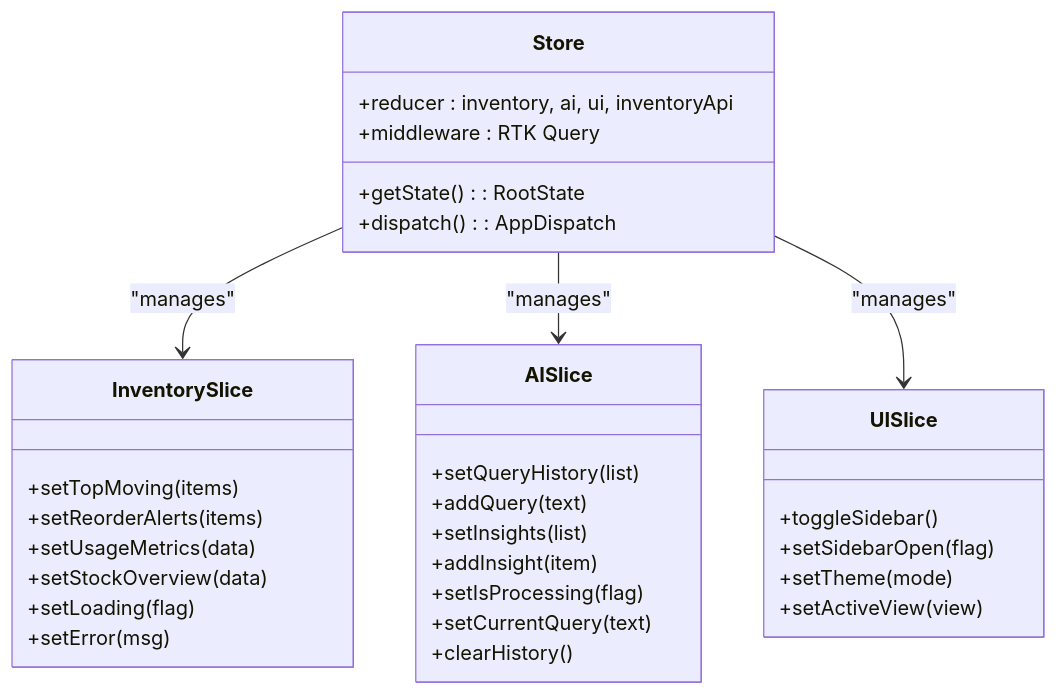
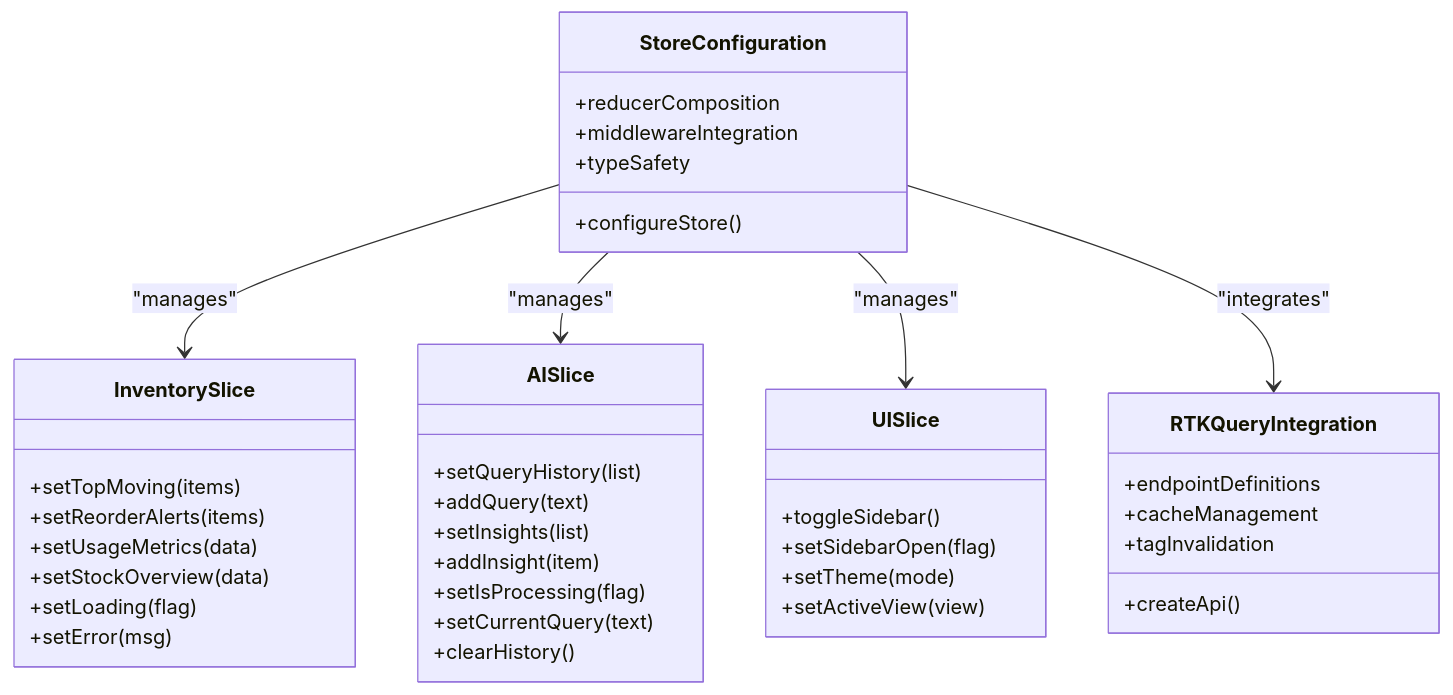
The third of 8 diagrams in .qoder/repowiki/en/content/State Management.md (cacamarica/dashboard-ai), drawn with Mermaid before and after one commit. The commit also changed other lines of this file and 14 other files, not shown here.

````diff
--- a/.qoder/repowiki/en/content/State Management.md
+++ b/.qoder/repowiki/en/content/State Management.md
@@ -144,35 +190,42 @@
 ```mermaid
 classDiagram
-class Store {
-+reducer : inventory, ai, ui, inventoryApi
-+middleware : RTK Query
-+getState() : RootState
-+dispatch() : AppDispatch
+class StoreConfiguration {
++configureStore()
++reducerComposition
++middlewareIntegration
++typeSafety
 }
 class InventorySlice {
 +setTopMoving(items)
 +setReorderAlerts(items)
 +setUsageMetrics(data)
 +setStockOverview(data)
 +setLoading(flag)
 +setError(msg)
 }
 class AISlice {
 +setQueryHistory(list)
 +addQuery(text)
 +setInsights(list)
 +addInsight(item)
 +setIsProcessing(flag)
 +setCurrentQuery(text)
 +clearHistory()
 }
 class UISlice {
 +toggleSidebar()
 +setSidebarOpen(flag)
 +setTheme(mode)
 +setActiveView(view)
 }
-Store --> InventorySlice : "manages"
-Store --> AISlice : "manages"
-Store --> UISlice : "manages"
+class RTKQueryIntegration {
++createApi()
++endpointDefinitions
++cacheManagement
++tagInvalidation
+}
+StoreConfiguration --> InventorySlice : "manages"
+StoreConfiguration --> AISlice : "manages"
+StoreConfiguration --> UISlice : "manages"
+StoreConfiguration --> RTKQueryIntegration : "integrates"
 ```
````
